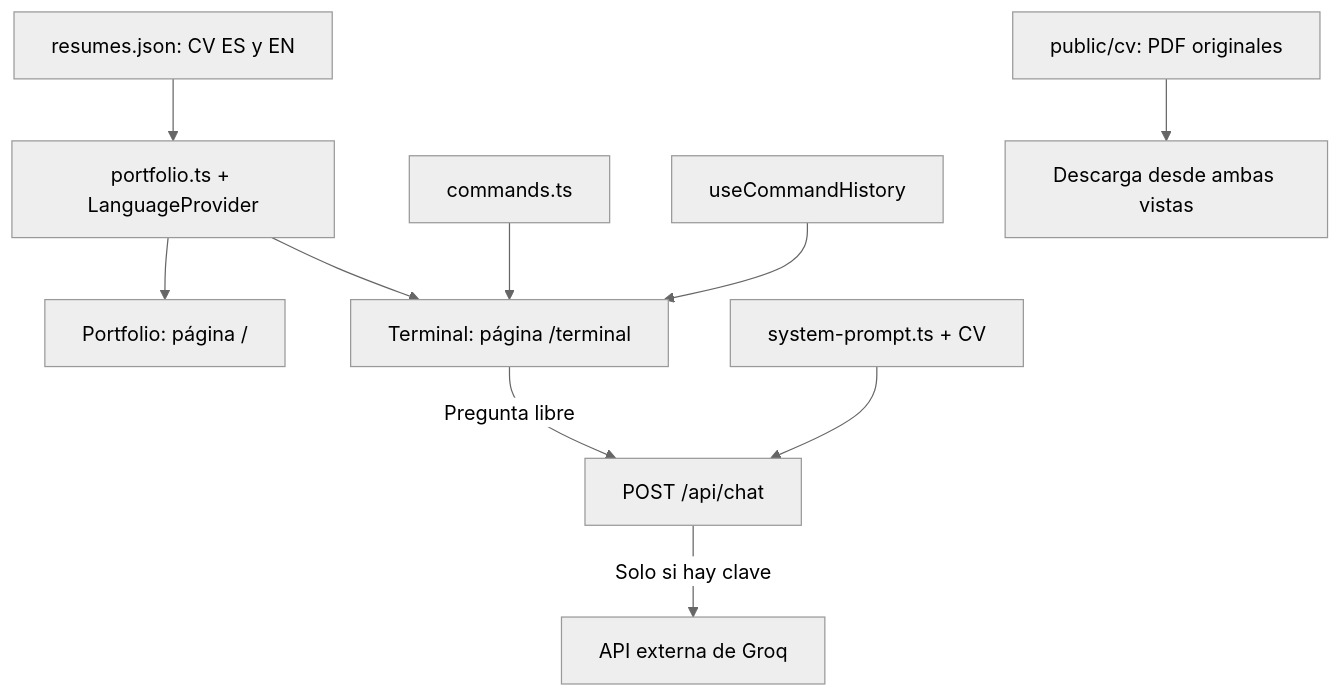
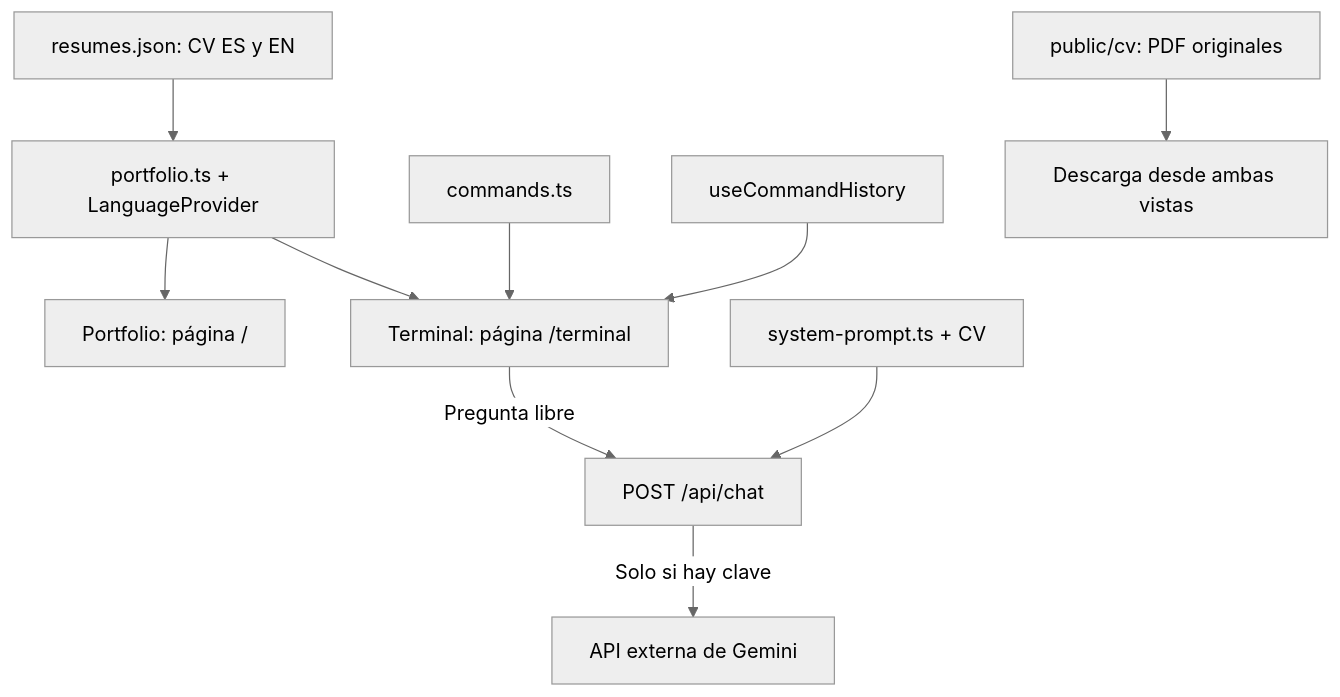
Before and after one commit to pabblo2000/claude-code-resume: the diagram in README.md, drawn with Mermaid (neutral theme). The commit also changed other lines of this file and 2 other files, not shown here.

Commit message:
Restore Gemini provider for CV chat

````diff
--- a/README.md
+++ b/README.md
@@ -110,12 +110,12 @@
 ```mermaid
 flowchart TD
     Datos[resumes.json: CV ES y EN] --> Compartido[portfolio.ts + LanguageProvider]
     Compartido --> Portada[Portfolio: página /]
     Compartido --> Terminal[Terminal: página /terminal]
     Comandos[commands.ts] --> Terminal
     Historial[useCommandHistory] --> Terminal
     PDF[public/cv: PDF originales] --> Descarga[Descarga desde ambas vistas]
     Terminal -->|Pregunta libre| API[POST /api/chat]
     Prompt[system-prompt.ts + CV] --> API
-    API -->|Solo si hay clave| Groq[API externa de Groq]
+    API -->|Solo si hay clave| Gemini[API externa de Gemini]
 ```
````
